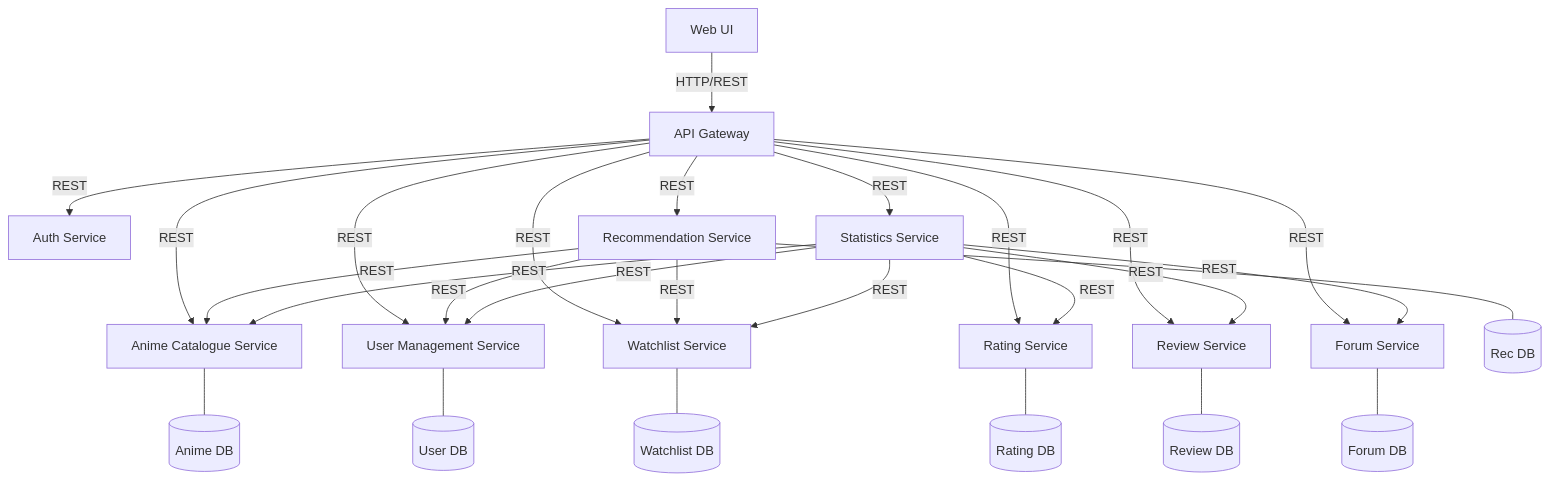
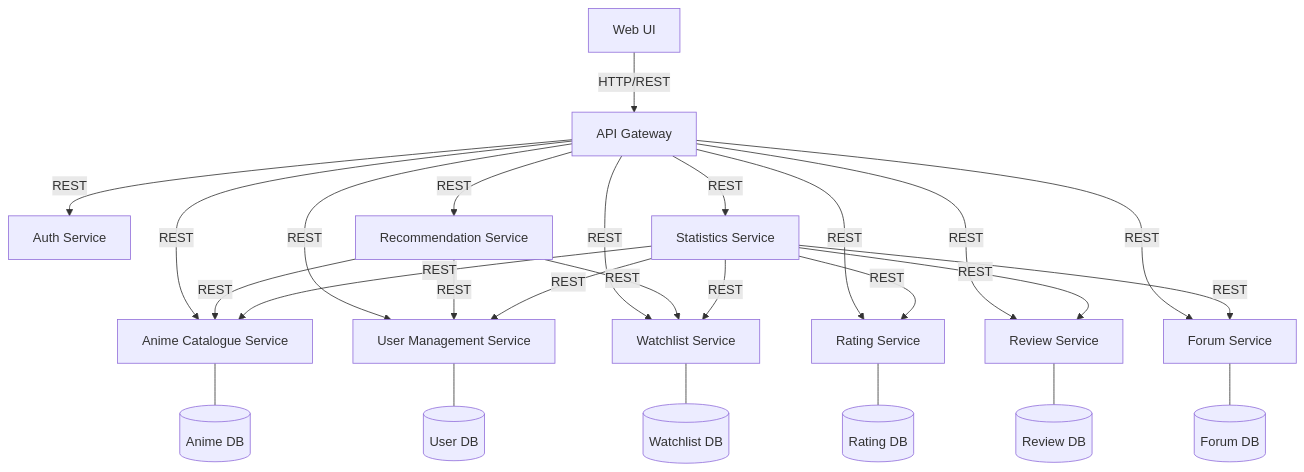
The diagram in anime_service_architecture_diagram.md (CNIder/backend-anime-api), drawn with Mermaid before and after one commit.

Commit message:
Removed recommendation system's database

````diff
--- a/anime_service_architecture_diagram.md
+++ b/anime_service_architecture_diagram.md
@@ -3,33 +3,32 @@
 ```mermaid
 graph TD
     UI[Web UI] -->|HTTP/REST| GW[API Gateway]
 
     GW -->|REST| AUTH[Auth Service]
     GW -->|REST| ANIME[Anime Catalogue Service]
     GW -->|REST| USER[User Management Service]
     GW -->|REST| WATCH[Watchlist Service]
     GW -->|REST| RATE[Rating Service]
     GW -->|REST| REV[Review Service]
     GW -->|REST| FORUM[Forum Service]
     GW -->|REST| REC[Recommendation Service]
     GW -->|REST| STATS[Statistics Service]
 
     REC -->|REST| ANIME
     REC -->|REST| WATCH
     REC -->|REST| USER
 
     STATS -->|REST| ANIME
     STATS -->|REST| USER
     STATS -->|REST| WATCH
     STATS -->|REST| RATE
     STATS -->|REST| REV
     STATS -->|REST| FORUM
 
     ANIME --- DB1[(Anime DB)]
     USER --- DB2[(User DB)]
     WATCH --- DB3[(Watchlist DB)]
     RATE --- DB4[(Rating DB)]
     REV --- DB5[(Review DB)]
     FORUM --- DB6[(Forum DB)]
-    REC --- DB7[(Rec DB)]
 ```
````
